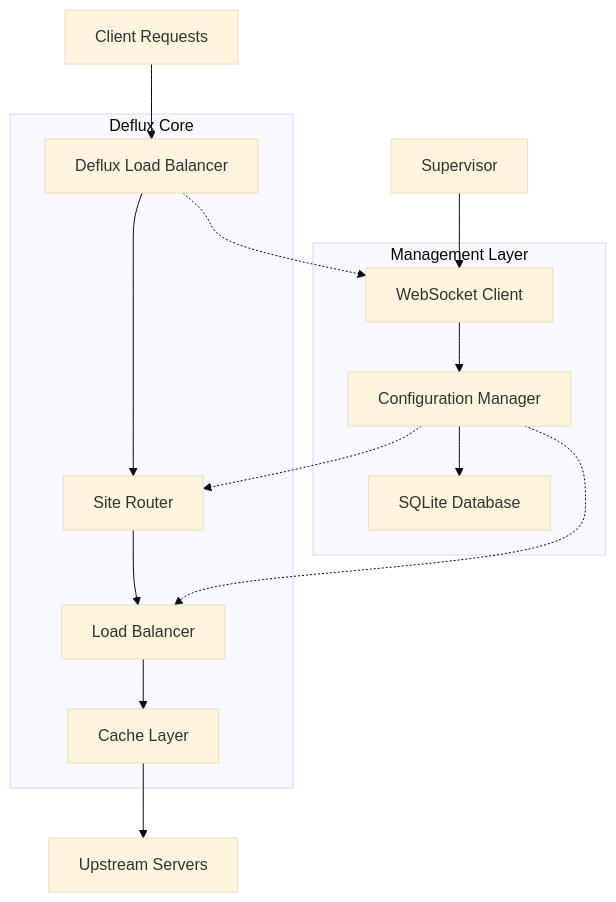
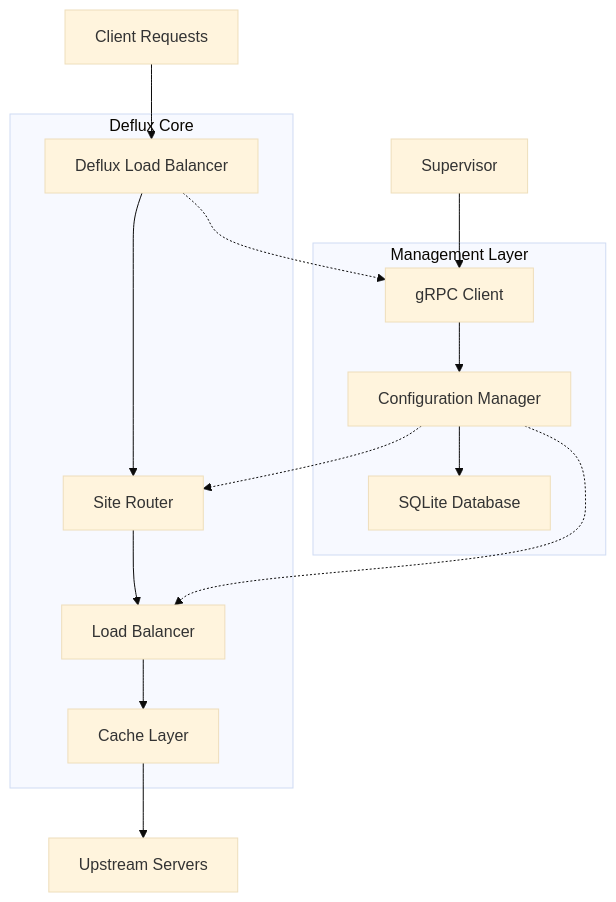
One commit to deislet/deislet changed the first of 3 diagrams in crates/deflux/README.md. Above: the diagram before and after it, drawn with Mermaid (base theme). The commit also changed other lines of this file and 59 other files, not shown here.

First line of the commit message:
Sync local development: graceful restart, supervisor client, config rework

````diff
--- a/crates/deflux/README.md
+++ b/crates/deflux/README.md
@@ -44,29 +44,29 @@
 ```mermaid
 graph TD
     A[Client Requests] --> B[Deflux Load Balancer]
     B --> C[Site Router]
     C --> D[Load Balancer]
     D --> E[Cache Layer]
     E --> F[Upstream Servers]
-    
-    G[Supervisor] --> H[WebSocket Client]
+
+    G[Supervisor] --> H[gRPC Client]
     H --> I[Configuration Manager]
     I --> J[SQLite Database]
-    
+
     B -.-> H
     I -.-> C
     I -.-> D
-    
+
     subgraph "Deflux Core"
         B
         C
         D
         E
     end
-    
+
     subgraph "Management Layer"
         H
         I
         J
     end
 ```
````
